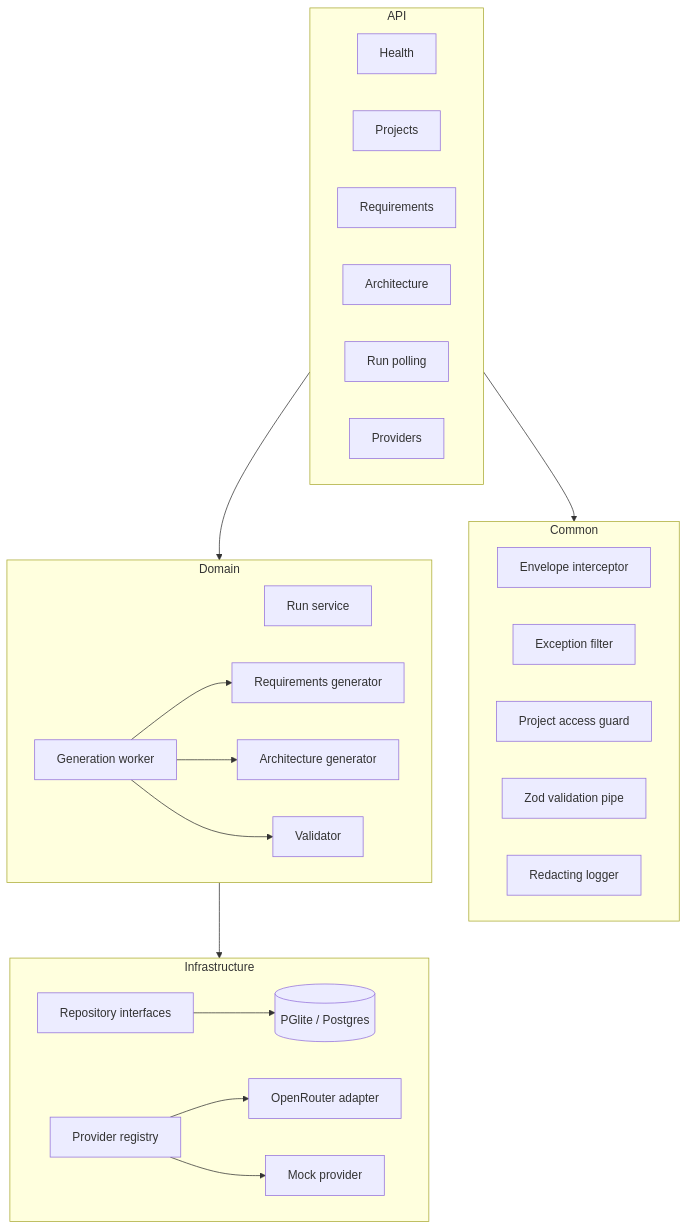
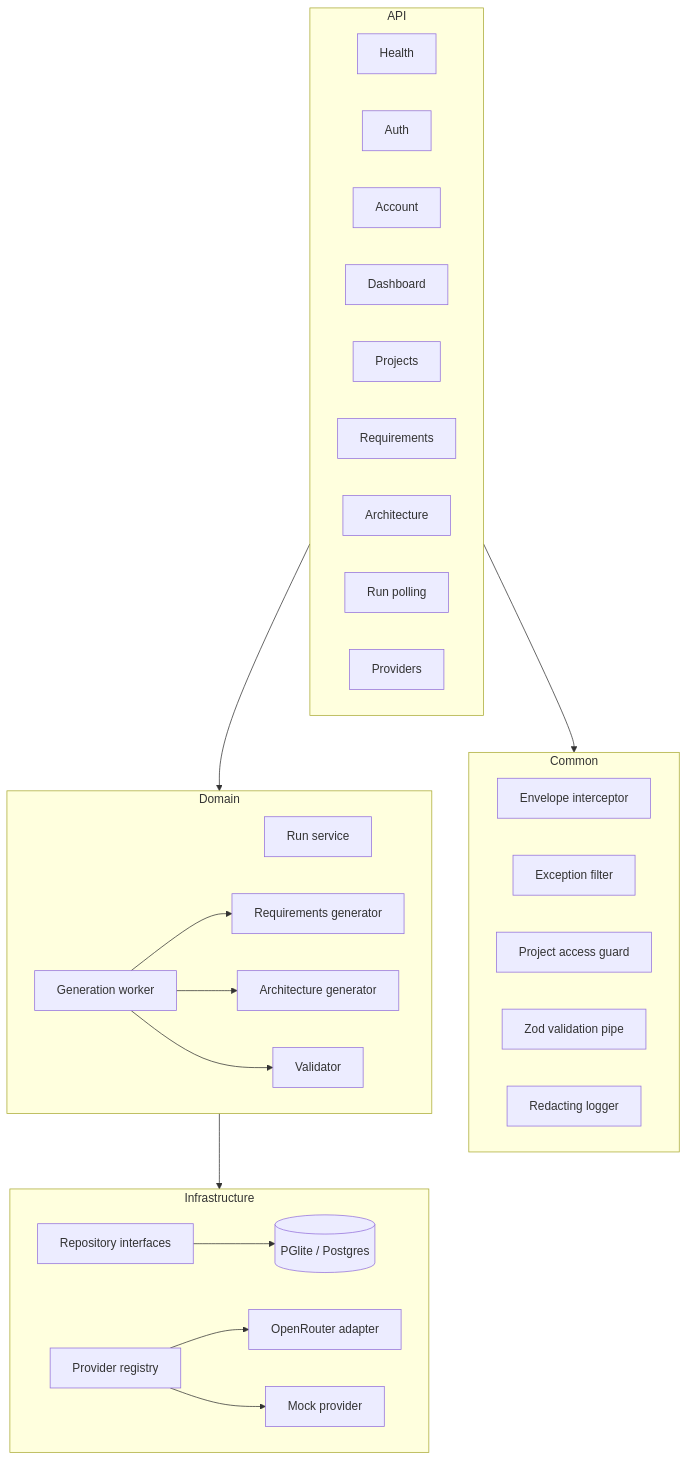
Before and after one commit to yogimait/SDA_SystemDesignForAll: the first of 2 diagrams in backend-server/docs/Architecture.md, drawn with Mermaid. The commit also changed other lines of this file and 122 other files, not shown here.

Commit message:
Add auth, account, provider config, preferences, dashboard, and narrative/flow-replay UI

````diff
--- a/backend-server/docs/Architecture.md
+++ b/backend-server/docs/Architecture.md
@@ -7,45 +7,48 @@
 ```mermaid
 flowchart TB
   subgraph API
     HC[Health]
+    AC[Auth]
+    ACC[Account]
+    DASH[Dashboard]
     PC[Projects]
     RC[Requirements]
-    AC[Architecture]
+    ARC[Architecture]
     RNC[Run polling]
     PRC[Providers]
   end
 
   subgraph Common
     ENV[Envelope interceptor]
     ERR[Exception filter]
     GUARD[Project access guard]
     PIPE[Zod validation pipe]
     LOG[Redacting logger]
   end
 
   subgraph Domain
     RS[Run service]
     RQ[Requirements generator]
     AG[Architecture generator]
     AV[Validator]
     WK[Generation worker]
   end
 
   subgraph Infrastructure
     REG[Provider registry]
     OR[OpenRouter adapter]
     MOCK[Mock provider]
     REPO[Repository interfaces]
     DB[(PGlite / Postgres)]
   end
 
   API --> Common
   API --> Domain
   Domain --> Infrastructure
   REPO --> DB
   WK --> RQ
   WK --> AG
   WK --> AV
   REG --> OR
   REG --> MOCK
 ```
````
